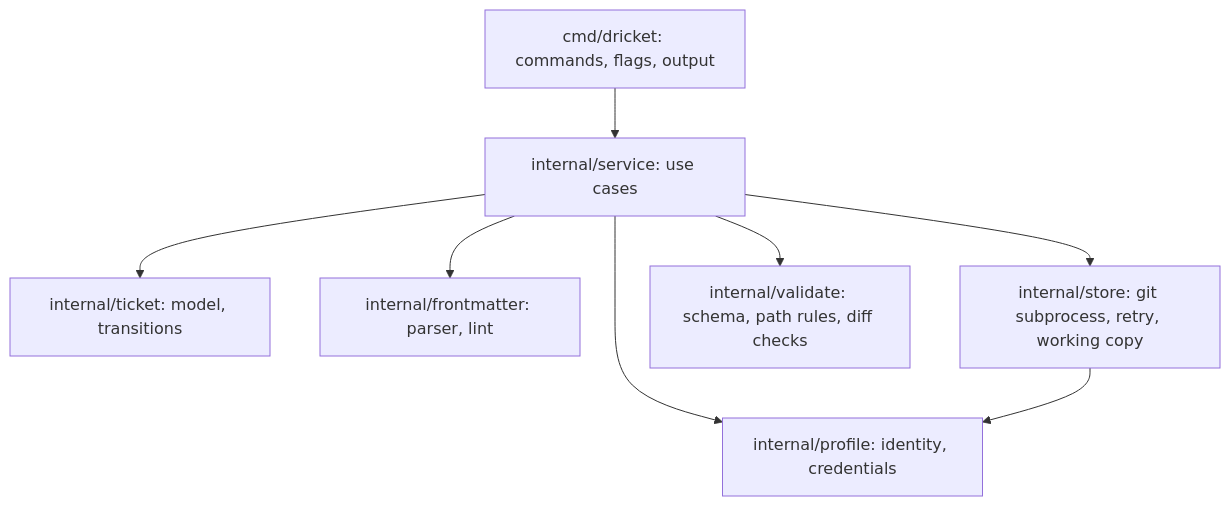
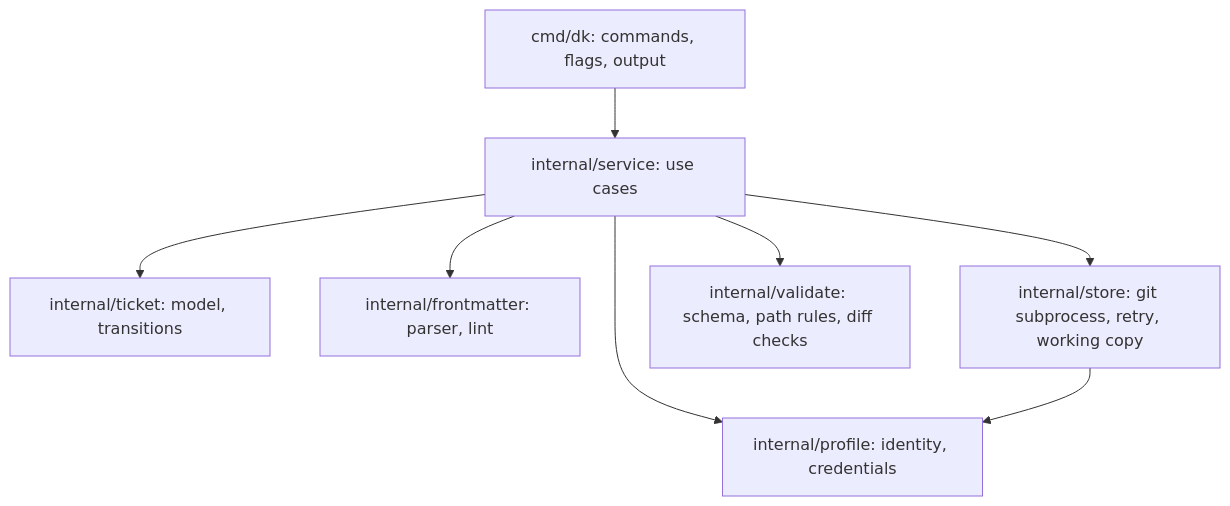
The second of 3 diagrams in docs/architecture.md (HenrikPuls/dricket), drawn with Mermaid before and after one commit. The commit also changed other lines of this file and 27 other files, not shown here.

````diff
--- a/docs/architecture.md
+++ b/docs/architecture.md
@@ -63,10 +63,10 @@
 ```mermaid
 flowchart TB
-  CLI[cmd/dricket: commands, flags, output] --> Svc[internal/service: use cases]
+  CLI[cmd/dk: commands, flags, output] --> Svc[internal/service: use cases]
   Svc --> Model[internal/ticket: model, transitions]
   Svc --> FM[internal/frontmatter: parser, lint]
   Svc --> Store[internal/store: git subprocess, retry, working copy]
   Svc --> Val[internal/validate: schema, path rules, diff checks]
   Svc --> Prof[internal/profile: identity, credentials]
   Store --> Prof
 ```
````
